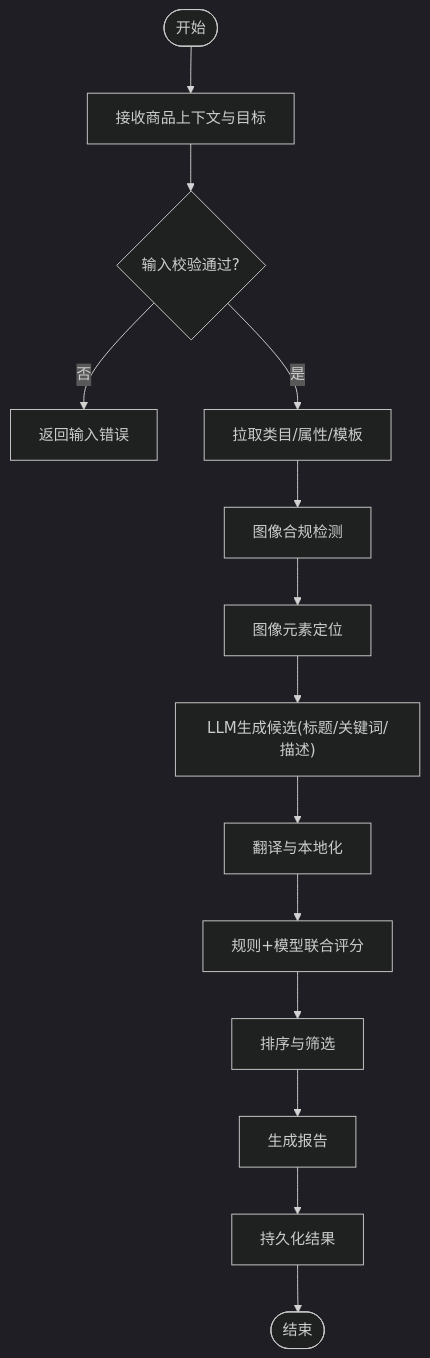
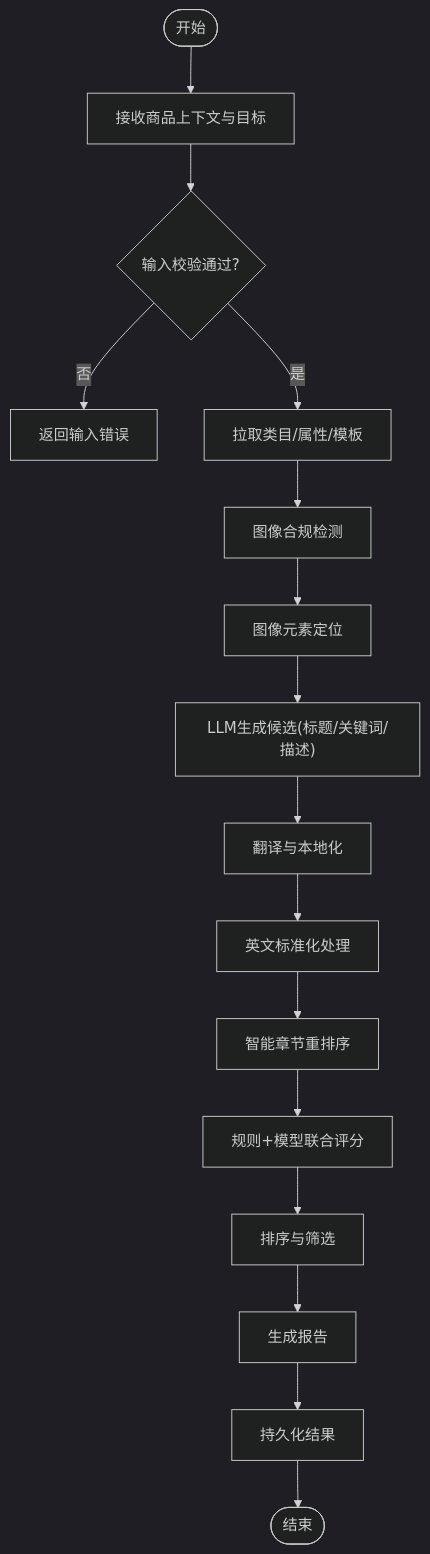
One commit to iljahofbauer219-lang/yandu changed the third of 7 diagrams in .qoder/repowiki/zh/content/Ebay功能模块/商品优化服务.md. Above: the diagram before and after it, drawn with Mermaid (dark theme). The commit also changed other lines of this file and 22 other files, not shown here.

````diff
--- a/.qoder/repowiki/zh/content/Ebay功能模块/商品优化服务.md
+++ b/.qoder/repowiki/zh/content/Ebay功能模块/商品优化服务.md
@@ -173,16 +205,18 @@
 ```mermaid
 flowchart TD
 Start(["开始"]) --> Inp["接收商品上下文与目标"]
 Inp --> Validate{"输入校验通过?"}
 Validate --> |否| Err["返回输入错误"]
 Validate --> |是| Fetch["拉取类目/属性/模板"]
 Fetch --> Vision["图像合规检测"]
 Vision --> Ground["图像元素定位"]
 Ground --> Gen["LLM生成候选(标题/关键词/描述)"]
 Gen --> Trans["翻译与本地化"]
-Trans --> Score["规则+模型联合评分"]
+Trans --> Normalize["英文标准化处理"]
+Normalize --> Reorder["智能章节重排序"]
+Reorder --> Score["规则+模型联合评分"]
 Score --> Rank["排序与筛选"]
 Rank --> Report["生成报告"]
 Report --> Persist["持久化结果"]
 Persist --> End(["结束"])
 ```
````
